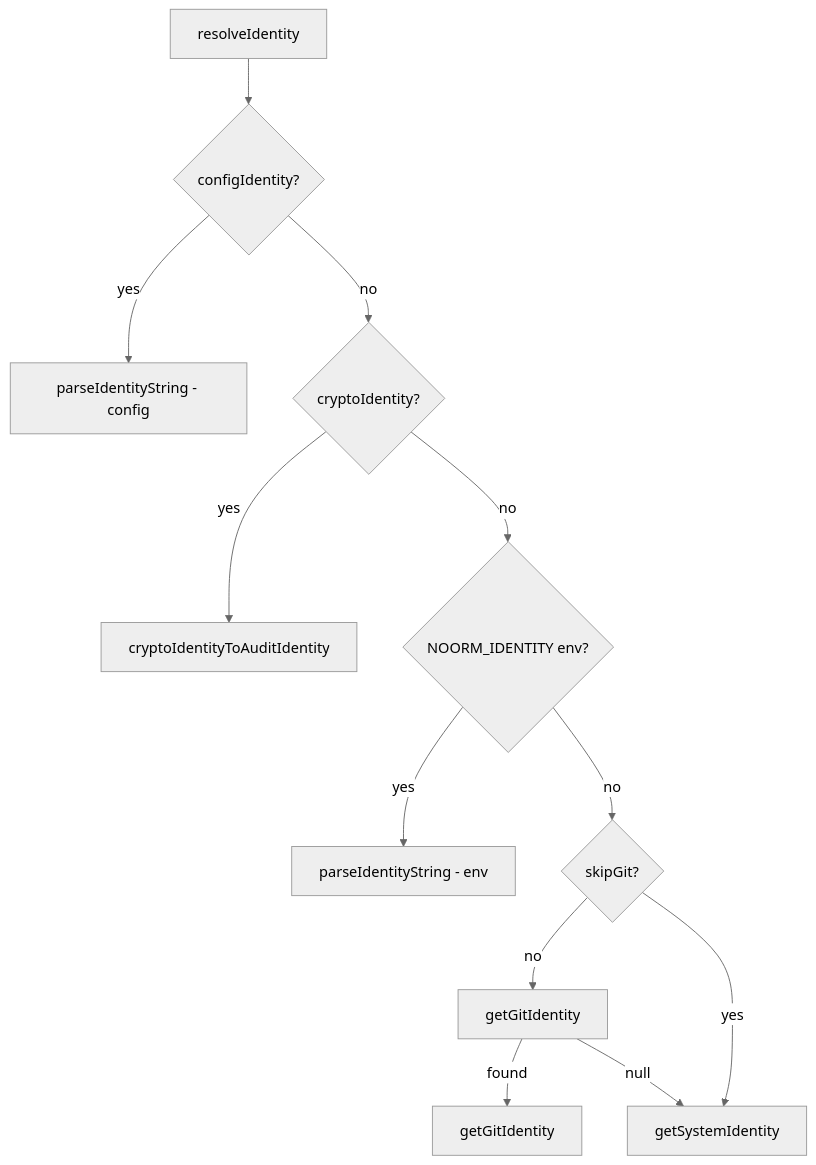
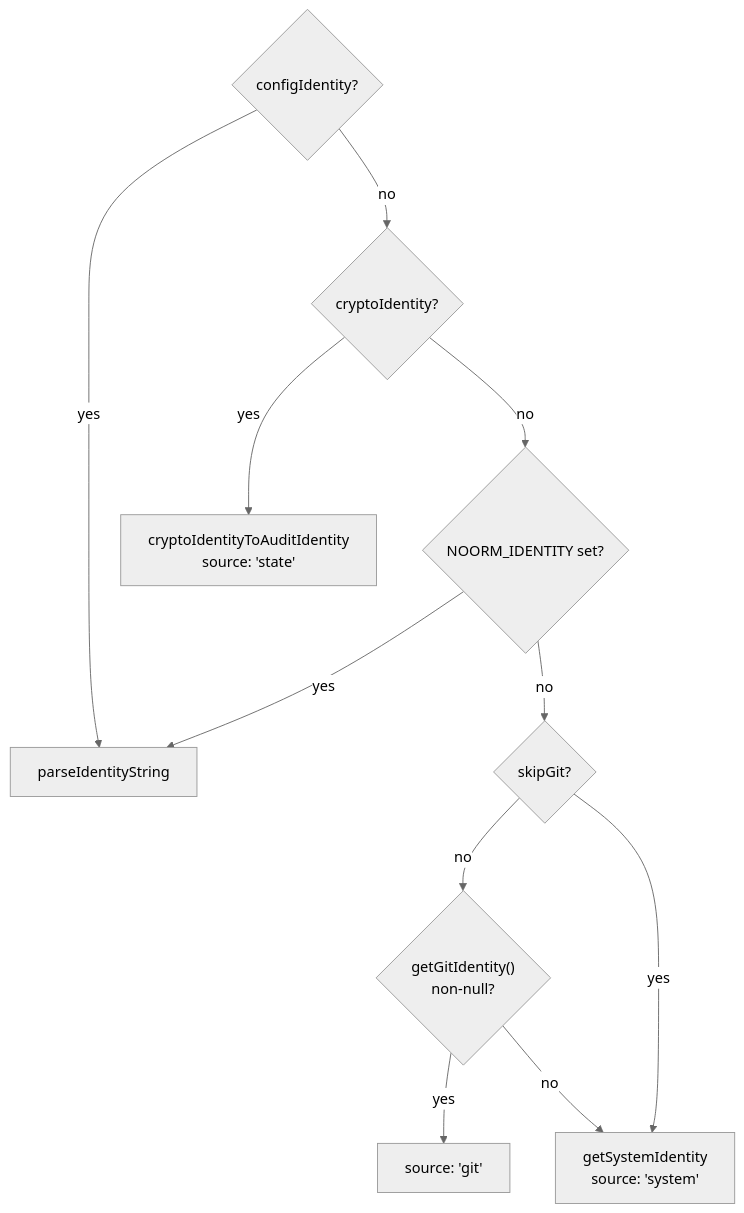
The first of 7 diagrams in docs/wiki/core-identity.md (noormdev/noorm), drawn with Mermaid (neutral theme) before and after one commit. The commit also changed other lines of this file and 557 other files, not shown here.

````diff
--- a/docs/wiki/core-identity.md
+++ b/docs/wiki/core-identity.md
@@ -21,14 +23,13 @@
 ```mermaid
 flowchart TD
-    A[resolveIdentity] --> B{configIdentity?}
-    B -->|yes| R1["parseIdentityString - config"]
-    B -->|no| C{cryptoIdentity?}
-    C -->|yes| R2[cryptoIdentityToAuditIdentity]
-    C -->|no| D{NOORM_IDENTITY env?}
-    D -->|yes| R3["parseIdentityString - env"]
-    D -->|no| E{skipGit?}
-    E -->|no| F[getGitIdentity]
-    F -->|found| R4[getGitIdentity]
-    F -->|null| R5[getSystemIdentity]
-    E -->|yes| R5
+    B{"configIdentity?"} -->|yes| P["parseIdentityString"]
+    B -->|no| C{"cryptoIdentity?"}
+    C -->|yes| Cr["cryptoIdentityToAuditIdentity<br/>source: 'state'"]
+    C -->|no| D{"NOORM_IDENTITY set?"}
+    D -->|yes| P
+    D -->|no| E{"skipGit?"}
+    E -->|no| F{"getGitIdentity()<br/>non-null?"}
+    F -->|yes| G["source: 'git'"]
+    F -->|no| Sys["getSystemIdentity<br/>source: 'system'"]
+    E -->|yes| Sys
 ```
````
